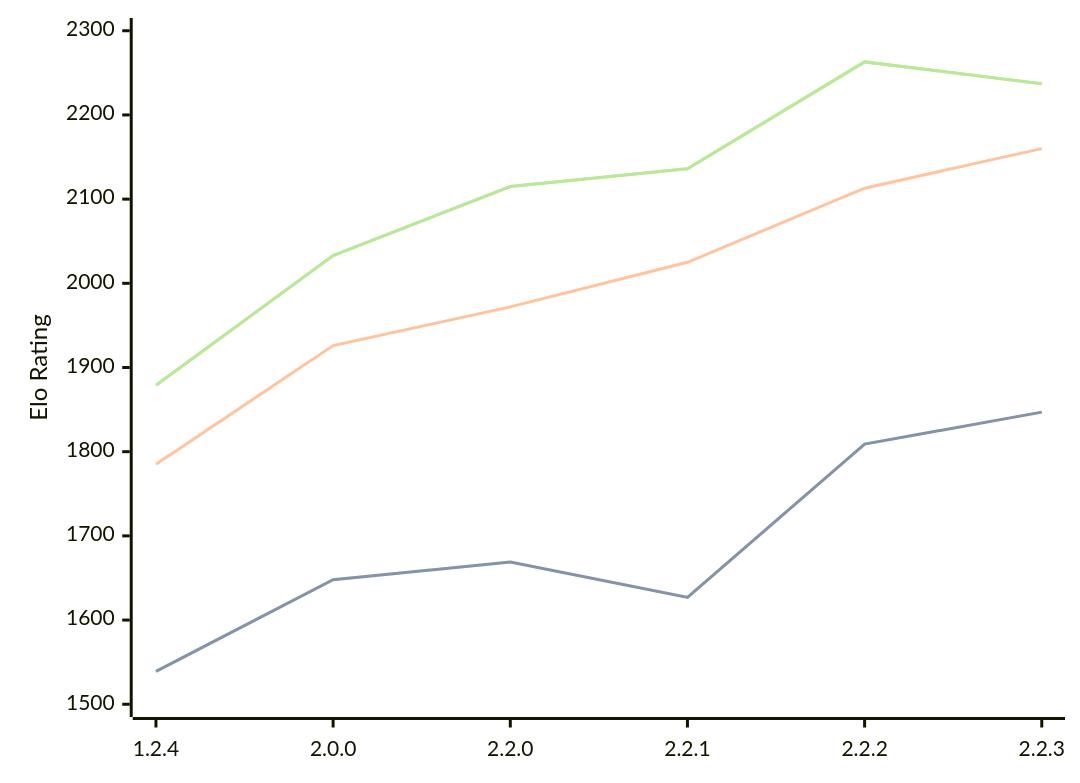
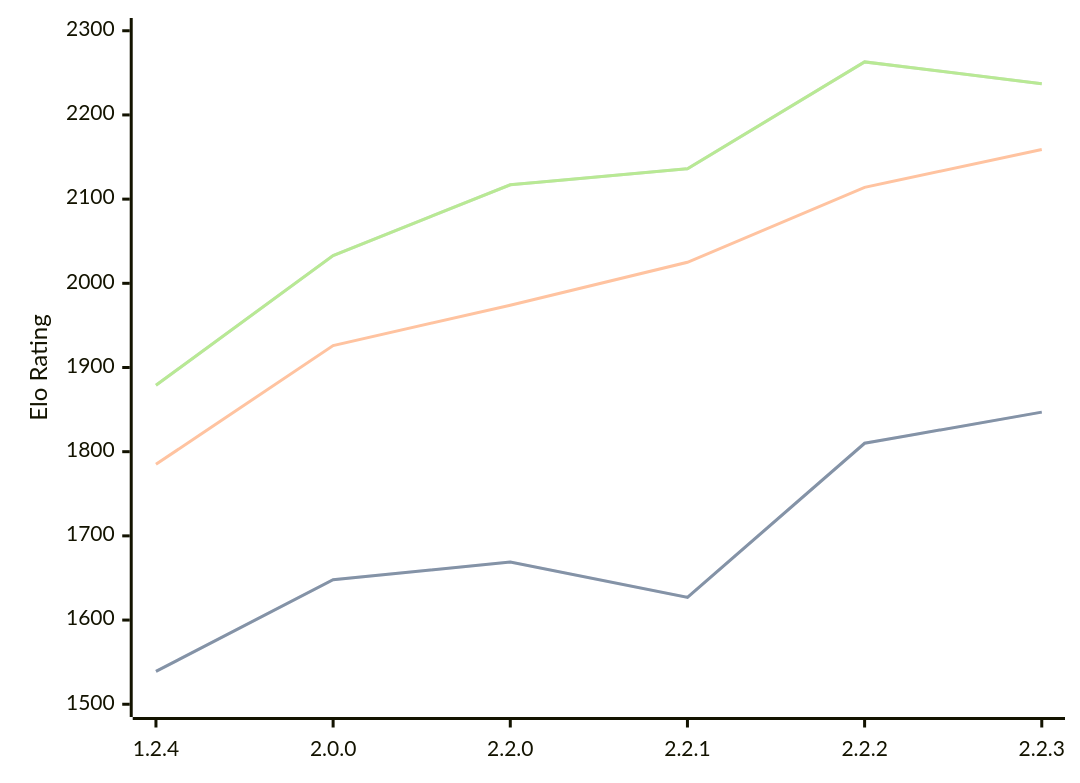
The diagram in engines/Kreveta.md (computer-chess-index/cci), drawn with Mermaid before and after one commit. The commit also changed other lines of this file, not shown here.

Commit message:
Update CCI Ratings (ELO VLTC) - 2026-02-15

````diff
--- a/engines/Kreveta.md
+++ b/engines/Kreveta.md
@@ -36,11 +36,11 @@
 ```mermaid
 %%{init: {"theme":"base","themeVariables":{"seriesColors:['#a3a3a3','#222221','#faa371']}}}%%
 xychart-beta
   x-axis ["1.2.4", "2.0.0", "2.2.0", "2.2.1", "2.2.2", "2.2.3"]
   y-axis "Elo Rating" 1500 --> 2300
-  line "STC (8.0+0.08s)" [1539, 1648, 1669, 1627, 1809, 1847]
-  line "STC (8.0+0.08s)" [1539, 1648, 1669, 1627, 1809, 1847]
-  line "LTC (60.0+0.60s)" [1785, 1926, 1972, 2025, 2113, 2160]
-  line "VLTC (2m24s+1.12s)" [1879, 2033, 2115, 2136, 2263, 2237]
-  line "VLTC (2m24s+1.12s)" [1879, 2033, 2115, 2136, 2263, 2237]
+  line "STC (8.0+0.08s)" [1539, 1648, 1669, 1627, 1810, 1847]
+  line "STC (8.0+0.08s)" [1539, 1648, 1669, 1627, 1810, 1847]
+  line "LTC (60.0+0.60s)" [1785, 1926, 1974, 2025, 2114, 2159]
+  line "VLTC (2m24s+1.12s)" [1879, 2033, 2117, 2136, 2263, 2237]
+  line "VLTC (2m24s+1.12s)" [1879, 2033, 2117, 2136, 2263, 2237]
 ```
````
